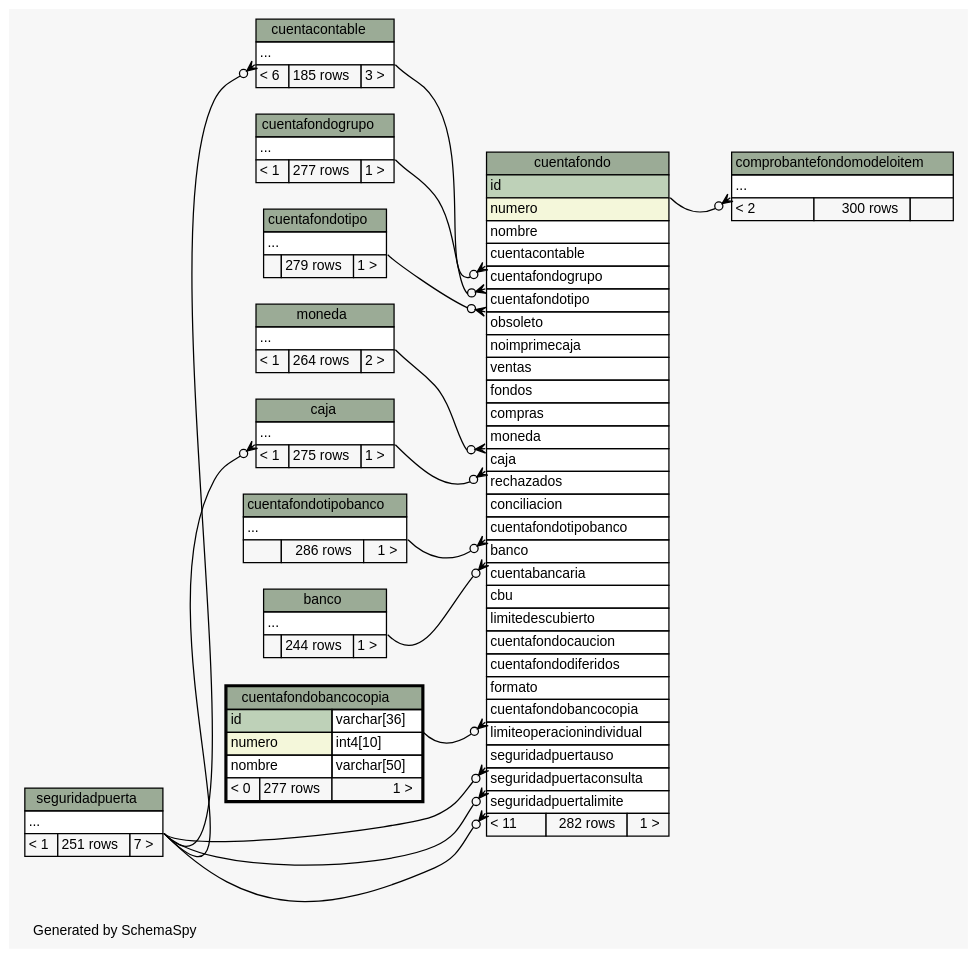
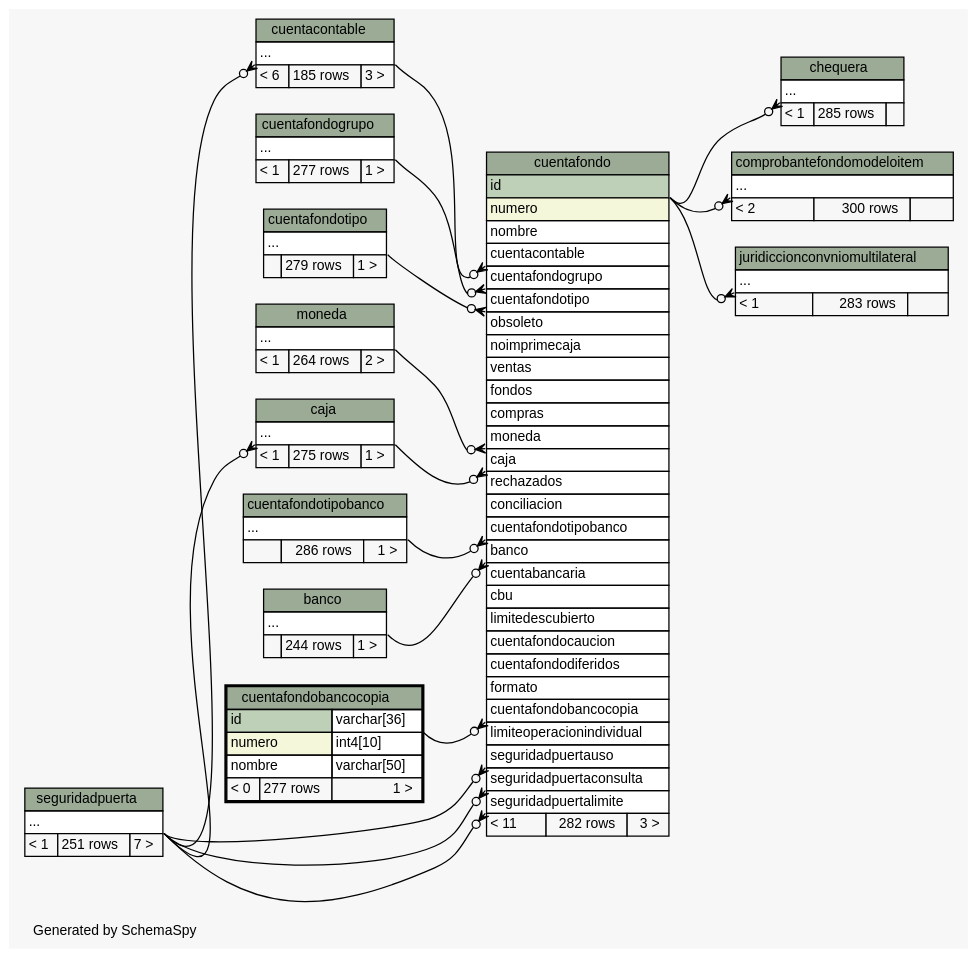
The diagram in postgresql/schemaSpy/salida/diagrams/cuentafondobancocopia.2degrees.dot (diegopablomansilla/massoftware_front), drawn with Graphviz before and after one commit. The commit also changed 284 other files, not shown here.

```diff
--- a/postgresql/schemaSpy/salida/diagrams/cuentafondobancocopia.2degrees.dot
+++ b/postgresql/schemaSpy/salida/diagrams/cuentafondobancocopia.2degrees.dot
@@ -1,175 +1,197 @@
 // dot 2.2.1 on Windows 10 10.0
 // SchemaSpy rev 590
 digraph "twoDegreesRelationshipsDiagram" {
   graph [
     rankdir="RL"
     bgcolor="#f7f7f7"
     label="\nGenerated by SchemaSpy"
     labeljust="l"
     nodesep="0.18"
     ranksep="0.46"
     fontname="Helvetica"
     fontsize="11"
   ];
   node [
     fontname="Helvetica"
     fontsize="11"
     shape="plaintext"
   ];
   edge [
     arrowsize="0.8"
   ];
   "caja":"elipses":sw -> "seguridadpuerta":"elipses":se [arrowhead=none dir=back arrowtail=crowodot];
+  "chequera":"elipses":sw -> "cuentafondo":"id":se [arrowhead=none dir=back arrowtail=crowodot];
   "comprobantefondomodeloitem":"elipses":sw -> "cuentafondo":"id":se [arrowhead=none dir=back arrowtail=crowodot];
   "cuentacontable":"elipses":sw -> "seguridadpuerta":"elipses":se [arrowhead=none dir=back arrowtail=crowodot];
   "cuentafondo":"banco":sw -> "banco":"elipses":se [arrowhead=none dir=back arrowtail=crowodot];
   "cuentafondo":"caja":sw -> "caja":"elipses":se [arrowhead=none dir=back arrowtail=crowodot];
   "cuentafondo":"cuentacontable":sw -> "cuentacontable":"elipses":se [arrowhead=none dir=back arrowtail=crowodot];
   "cuentafondo":"cuentafondobancocopia":sw -> "cuentafondobancocopia":"id.type":se [arrowhead=none dir=back arrowtail=crowodot];
   "cuentafondo":"cuentafondogrupo":sw -> "cuentafondogrupo":"elipses":se [arrowhead=none dir=back arrowtail=crowodot];
   "cuentafondo":"cuentafondotipo":sw -> "cuentafondotipo":"elipses":se [arrowhead=none dir=back arrowtail=crowodot];
   "cuentafondo":"cuentafondotipobanco":sw -> "cuentafondotipobanco":"elipses":se [arrowhead=none dir=back arrowtail=crowodot];
   "cuentafondo":"moneda":sw -> "moneda":"elipses":se [arrowhead=none dir=back arrowtail=crowodot];
   "cuentafondo":"seguridadpuertaconsulta":sw -> "seguridadpuerta":"elipses":se [arrowhead=none dir=back arrowtail=crowodot];
   "cuentafondo":"seguridadpuertalimite":sw -> "seguridadpuerta":"elipses":se [arrowhead=none dir=back arrowtail=crowodot];
   "cuentafondo":"seguridadpuertauso":sw -> "seguridadpuerta":"elipses":se [arrowhead=none dir=back arrowtail=crowodot];
+  "juridiccionconvniomultilateral":"elipses":sw -> "cuentafondo":"id":se [arrowhead=none dir=back arrowtail=crowodot];
   "banco" [
     label=<
     <TABLE BORDER="0" CELLBORDER="1" CELLSPACING="0" BGCOLOR="#ffffff">
       <TR><TD COLSPAN="3" BGCOLOR="#9bab96" ALIGN="CENTER">banco</TD></TR>
       <TR><TD PORT="elipses" COLSPAN="3" ALIGN="LEFT">...</TD></TR>
       <TR><TD ALIGN="LEFT" BGCOLOR="#f7f7f7">  </TD><TD ALIGN="RIGHT" BGCOLOR="#f7f7f7">244 rows</TD><TD ALIGN="RIGHT" BGCOLOR="#f7f7f7">1 &gt;</TD></TR>
     </TABLE>>
     URL="banco.html"
     tooltip="banco"
   ];
   "caja" [
     label=<
     <TABLE BORDER="0" CELLBORDER="1" CELLSPACING="0" BGCOLOR="#ffffff">
       <TR><TD COLSPAN="3" BGCOLOR="#9bab96" ALIGN="CENTER">caja</TD></TR>
       <TR><TD PORT="elipses" COLSPAN="3" ALIGN="LEFT">...</TD></TR>
       <TR><TD ALIGN="LEFT" BGCOLOR="#f7f7f7">&lt; 1</TD><TD ALIGN="RIGHT" BGCOLOR="#f7f7f7">275 rows</TD><TD ALIGN="RIGHT" BGCOLOR="#f7f7f7">1 &gt;</TD></TR>
     </TABLE>>
     URL="caja.html"
     tooltip="caja"
+  ];
+  "chequera" [
+    label=<
+    <TABLE BORDER="0" CELLBORDER="1" CELLSPACING="0" BGCOLOR="#ffffff">
+      <TR><TD COLSPAN="3" BGCOLOR="#9bab96" ALIGN="CENTER">chequera</TD></TR>
+      <TR><TD PORT="elipses" COLSPAN="3" ALIGN="LEFT">...</TD></TR>
+      <TR><TD ALIGN="LEFT" BGCOLOR="#f7f7f7">&lt; 1</TD><TD ALIGN="RIGHT" BGCOLOR="#f7f7f7">285 rows</TD><TD ALIGN="RIGHT" BGCOLOR="#f7f7f7">  </TD></TR>
+    </TABLE>>
+    URL="chequera.html"
+    tooltip="chequera"
   ];
   "comprobantefondomodeloitem" [
     label=<
     <TABLE BORDER="0" CELLBORDER="1" CELLSPACING="0" BGCOLOR="#ffffff">
       <TR><TD COLSPAN="3" BGCOLOR="#9bab96" ALIGN="CENTER">comprobantefondomodeloitem</TD></TR>
       <TR><TD PORT="elipses" COLSPAN="3" ALIGN="LEFT">...</TD></TR>
       <TR><TD ALIGN="LEFT" BGCOLOR="#f7f7f7">&lt; 2</TD><TD ALIGN="RIGHT" BGCOLOR="#f7f7f7">300 rows</TD><TD ALIGN="RIGHT" BGCOLOR="#f7f7f7">  </TD></TR>
     </TABLE>>
     URL="comprobantefondomodeloitem.html"
     tooltip="comprobantefondomodeloitem"
   ];
   "cuentacontable" [
     label=<
     <TABLE BORDER="0" CELLBORDER="1" CELLSPACING="0" BGCOLOR="#ffffff">
       <TR><TD COLSPAN="3" BGCOLOR="#9bab96" ALIGN="CENTER">cuentacontable</TD></TR>
       <TR><TD PORT="elipses" COLSPAN="3" ALIGN="LEFT">...</TD></TR>
       <TR><TD ALIGN="LEFT" BGCOLOR="#f7f7f7">&lt; 6</TD><TD ALIGN="RIGHT" BGCOLOR="#f7f7f7">185 rows</TD><TD ALIGN="RIGHT" BGCOLOR="#f7f7f7">3 &gt;</TD></TR>
     </TABLE>>
     URL="cuentacontable.html"
     tooltip="cuentacontable"
   ];
   "cuentafondo" [
     label=<
     <TABLE BORDER="0" CELLBORDER="1" CELLSPACING="0" BGCOLOR="#ffffff">
       <TR><TD COLSPAN="3" BGCOLOR="#9bab96" ALIGN="CENTER">cuentafondo</TD></TR>
       <TR><TD PORT="id" COLSPAN="3" BGCOLOR="#bed1b8" ALIGN="LEFT">id</TD></TR>
       <TR><TD PORT="numero" COLSPAN="3" BGCOLOR="#f4f7da" ALIGN="LEFT">numero</TD></TR>
       <TR><TD PORT="nombre" COLSPAN="3" ALIGN="LEFT">nombre</TD></TR>
       <TR><TD PORT="cuentacontable" COLSPAN="3" ALIGN="LEFT">cuentacontable</TD></TR>
       <TR><TD PORT="cuentafondogrupo" COLSPAN="3" ALIGN="LEFT">cuentafondogrupo</TD></TR>
       <TR><TD PORT="cuentafondotipo" COLSPAN="3" ALIGN="LEFT">cuentafondotipo</TD></TR>
       <TR><TD PORT="obsoleto" COLSPAN="3" ALIGN="LEFT">obsoleto</TD></TR>
       <TR><TD PORT="noimprimecaja" COLSPAN="3" ALIGN="LEFT">noimprimecaja</TD></TR>
       <TR><TD PORT="ventas" COLSPAN="3" ALIGN="LEFT">ventas</TD></TR>
       <TR><TD PORT="fondos" COLSPAN="3" ALIGN="LEFT">fondos</TD></TR>
       <TR><TD PORT="compras" COLSPAN="3" ALIGN="LEFT">compras</TD></TR>
       <TR><TD PORT="moneda" COLSPAN="3" ALIGN="LEFT">moneda</TD></TR>
       <TR><TD PORT="caja" COLSPAN="3" ALIGN="LEFT">caja</TD></TR>
       <TR><TD PORT="rechazados" COLSPAN="3" ALIGN="LEFT">rechazados</TD></TR>
       <TR><TD PORT="conciliacion" COLSPAN="3" ALIGN="LEFT">conciliacion</TD></TR>
       <TR><TD PORT="cuentafondotipobanco" COLSPAN="3" ALIGN="LEFT">cuentafondotipobanco</TD></TR>
       <TR><TD PORT="banco" COLSPAN="3" ALIGN="LEFT">banco</TD></TR>
       <TR><TD PORT="cuentabancaria" COLSPAN="3" ALIGN="LEFT">cuentabancaria</TD></TR>
       <TR><TD PORT="cbu" COLSPAN="3" ALIGN="LEFT">cbu</TD></TR>
       <TR><TD PORT="limitedescubierto" COLSPAN="3" ALIGN="LEFT">limitedescubierto</TD></TR>
       <TR><TD PORT="cuentafondocaucion" COLSPAN="3" ALIGN="LEFT">cuentafondocaucion</TD></TR>
       <TR><TD PORT="cuentafondodiferidos" COLSPAN="3" ALIGN="LEFT">cuentafondodiferidos</TD></TR>
       <TR><TD PORT="formato" COLSPAN="3" ALIGN="LEFT">formato</TD></TR>
       <TR><TD PORT="cuentafondobancocopia" COLSPAN="3" ALIGN="LEFT">cuentafondobancocopia</TD></TR>
       <TR><TD PORT="limiteoperacionindividual" COLSPAN="3" ALIGN="LEFT">limiteoperacionindividual</TD></TR>
       <TR><TD PORT="seguridadpuertauso" COLSPAN="3" ALIGN="LEFT">seguridadpuertauso</TD></TR>
       <TR><TD PORT="seguridadpuertaconsulta" COLSPAN="3" ALIGN="LEFT">seguridadpuertaconsulta</TD></TR>
       <TR><TD PORT="seguridadpuertalimite" COLSPAN="3" ALIGN="LEFT">seguridadpuertalimite</TD></TR>
-      <TR><TD ALIGN="LEFT" BGCOLOR="#f7f7f7">&lt; 11</TD><TD ALIGN="RIGHT" BGCOLOR="#f7f7f7">282 rows</TD><TD ALIGN="RIGHT" BGCOLOR="#f7f7f7">1 &gt;</TD></TR>
+      <TR><TD ALIGN="LEFT" BGCOLOR="#f7f7f7">&lt; 11</TD><TD ALIGN="RIGHT" BGCOLOR="#f7f7f7">282 rows</TD><TD ALIGN="RIGHT" BGCOLOR="#f7f7f7">3 &gt;</TD></TR>
     </TABLE>>
     URL="cuentafondo.html"
     tooltip="cuentafondo"
   ];
   "cuentafondobancocopia" [
     label=<
     <TABLE BORDER="2" CELLBORDER="1" CELLSPACING="0" BGCOLOR="#ffffff">
       <TR><TD COLSPAN="3" BGCOLOR="#9bab96" ALIGN="CENTER">cuentafondobancocopia</TD></TR>
       <TR><TD PORT="id" COLSPAN="2" BGCOLOR="#bed1b8" ALIGN="LEFT">id</TD><TD PORT="id.type" ALIGN="LEFT">varchar[36]</TD></TR>
       <TR><TD PORT="numero" COLSPAN="2" BGCOLOR="#f4f7da" ALIGN="LEFT">numero</TD><TD PORT="numero.type" ALIGN="LEFT">int4[10]</TD></TR>
       <TR><TD PORT="nombre" COLSPAN="2" ALIGN="LEFT">nombre</TD><TD PORT="nombre.type" ALIGN="LEFT">varchar[50]</TD></TR>
       <TR><TD ALIGN="LEFT" BGCOLOR="#f7f7f7">&lt; 0</TD><TD ALIGN="RIGHT" BGCOLOR="#f7f7f7">277 rows</TD><TD ALIGN="RIGHT" BGCOLOR="#f7f7f7">1 &gt;</TD></TR>
     </TABLE>>
     URL="cuentafondobancocopia.html"
     tooltip="cuentafondobancocopia"
   ];
   "cuentafondogrupo" [
     label=<
     <TABLE BORDER="0" CELLBORDER="1" CELLSPACING="0" BGCOLOR="#ffffff">
       <TR><TD COLSPAN="3" BGCOLOR="#9bab96" ALIGN="CENTER">cuentafondogrupo</TD></TR>
       <TR><TD PORT="elipses" COLSPAN="3" ALIGN="LEFT">...</TD></TR>
       <TR><TD ALIGN="LEFT" BGCOLOR="#f7f7f7">&lt; 1</TD><TD ALIGN="RIGHT" BGCOLOR="#f7f7f7">277 rows</TD><TD ALIGN="RIGHT" BGCOLOR="#f7f7f7">1 &gt;</TD></TR>
     </TABLE>>
     URL="cuentafondogrupo.html"
     tooltip="cuentafondogrupo"
   ];
   "cuentafondotipo" [
     label=<
     <TABLE BORDER="0" CELLBORDER="1" CELLSPACING="0" BGCOLOR="#ffffff">
       <TR><TD COLSPAN="3" BGCOLOR="#9bab96" ALIGN="CENTER">cuentafondotipo</TD></TR>
       <TR><TD PORT="elipses" COLSPAN="3" ALIGN="LEFT">...</TD></TR>
       <TR><TD ALIGN="LEFT" BGCOLOR="#f7f7f7">  </TD><TD ALIGN="RIGHT" BGCOLOR="#f7f7f7">279 rows</TD><TD ALIGN="RIGHT" BGCOLOR="#f7f7f7">1 &gt;</TD></TR>
     </TABLE>>
     URL="cuentafondotipo.html"
     tooltip="cuentafondotipo"
   ];
   "cuentafondotipobanco" [
     label=<
     <TABLE BORDER="0" CELLBORDER="1" CELLSPACING="0" BGCOLOR="#ffffff">
       <TR><TD COLSPAN="3" BGCOLOR="#9bab96" ALIGN="CENTER">cuentafondotipobanco</TD></TR>
       <TR><TD PORT="elipses" COLSPAN="3" ALIGN="LEFT">...</TD></TR>
       <TR><TD ALIGN="LEFT" BGCOLOR="#f7f7f7">  </TD><TD ALIGN="RIGHT" BGCOLOR="#f7f7f7">286 rows</TD><TD ALIGN="RIGHT" BGCOLOR="#f7f7f7">1 &gt;</TD></TR>
     </TABLE>>
     URL="cuentafondotipobanco.html"
     tooltip="cuentafondotipobanco"
   ];
+  "juridiccionconvniomultilateral" [
+    label=<
+    <TABLE BORDER="0" CELLBORDER="1" CELLSPACING="0" BGCOLOR="#ffffff">
+      <TR><TD COLSPAN="3" BGCOLOR="#9bab96" ALIGN="CENTER">juridiccionconvniomultilateral</TD></TR>
+      <TR><TD PORT="elipses" COLSPAN="3" ALIGN="LEFT">...</TD></TR>
+      <TR><TD ALIGN="LEFT" BGCOLOR="#f7f7f7">&lt; 1</TD><TD ALIGN="RIGHT" BGCOLOR="#f7f7f7">283 rows</TD><TD ALIGN="RIGHT" BGCOLOR="#f7f7f7">  </TD></TR>
+    </TABLE>>
+    URL="juridiccionconvniomultilateral.html"
+    tooltip="juridiccionconvniomultilateral"
+  ];
   "moneda" [
     label=<
     <TABLE BORDER="0" CELLBORDER="1" CELLSPACING="0" BGCOLOR="#ffffff">
       <TR><TD COLSPAN="3" BGCOLOR="#9bab96" ALIGN="CENTER">moneda</TD></TR>
       <TR><TD PORT="elipses" COLSPAN="3" ALIGN="LEFT">...</TD></TR>
       <TR><TD ALIGN="LEFT" BGCOLOR="#f7f7f7">&lt; 1</TD><TD ALIGN="RIGHT" BGCOLOR="#f7f7f7">264 rows</TD><TD ALIGN="RIGHT" BGCOLOR="#f7f7f7">2 &gt;</TD></TR>
     </TABLE>>
     URL="moneda.html"
     tooltip="moneda"
   ];
   "seguridadpuerta" [
     label=<
     <TABLE BORDER="0" CELLBORDER="1" CELLSPACING="0" BGCOLOR="#ffffff">
       <TR><TD COLSPAN="3" BGCOLOR="#9bab96" ALIGN="CENTER">seguridadpuerta</TD></TR>
       <TR><TD PORT="elipses" COLSPAN="3" ALIGN="LEFT">...</TD></TR>
       <TR><TD ALIGN="LEFT" BGCOLOR="#f7f7f7">&lt; 1</TD><TD ALIGN="RIGHT" BGCOLOR="#f7f7f7">251 rows</TD><TD ALIGN="RIGHT" BGCOLOR="#f7f7f7">7 &gt;</TD></TR>
     </TABLE>>
     URL="seguridadpuerta.html"
     tooltip="seguridadpuerta"
   ];
 }
```
